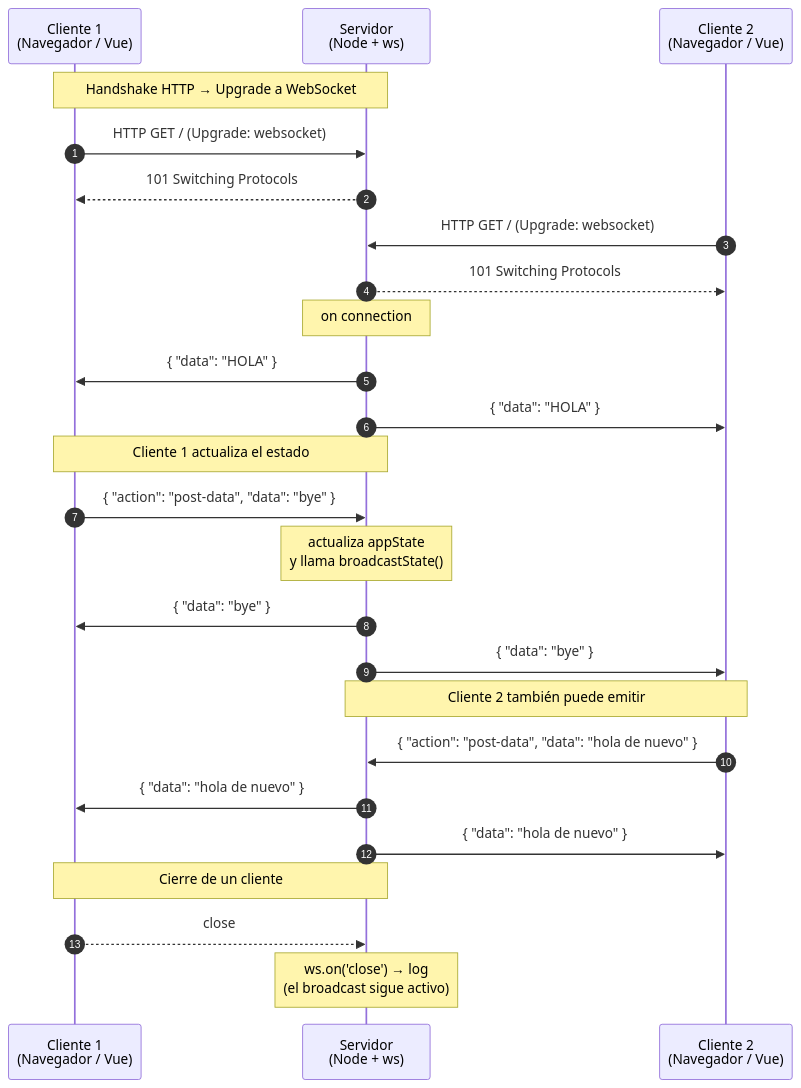
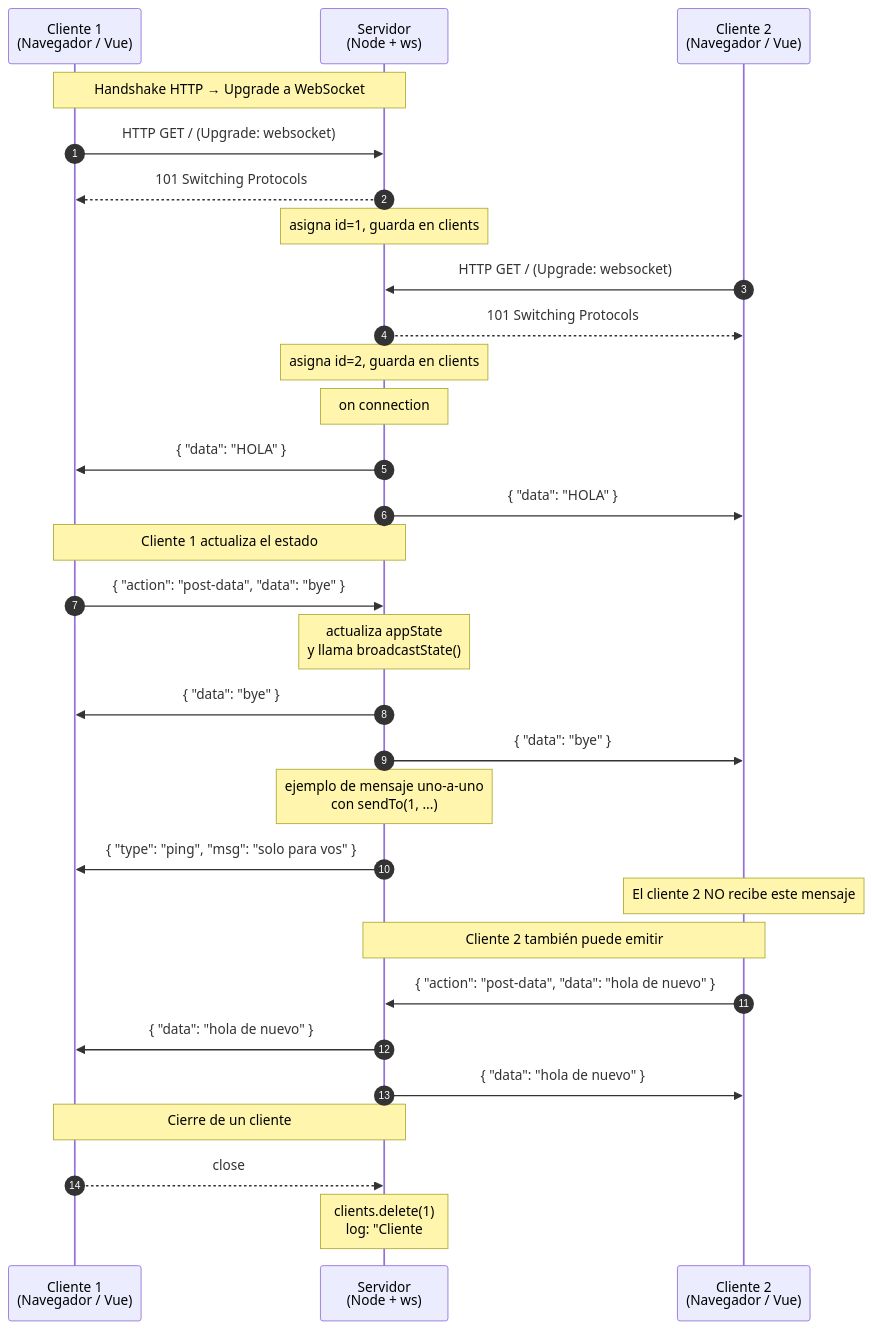
The diagram in README.md (akobashikawa/websockets-hola), drawn with Mermaid before and after one commit. The commit also changed other lines of this file, not shown here.

````diff
--- a/README.md
+++ b/README.md
@@ -80,34 +99,40 @@
 ```mermaid
 sequenceDiagram
     autonumber
     participant C1 as Cliente 1<br>(Navegador / Vue)
     participant S as Servidor<br>(Node + ws)
     participant C2 as Cliente 2<br>(Navegador / Vue)
 
     Note over C1,S: Handshake HTTP → Upgrade a WebSocket
     C1->>S: HTTP GET / (Upgrade: websocket)
     S-->>C1: 101 Switching Protocols
+    Note over S: asigna id=1, guarda en clients
 
     C2->>S: HTTP GET / (Upgrade: websocket)
     S-->>C2: 101 Switching Protocols
+    Note over S: asigna id=2, guarda en clients
 
     Note over S: on connection
     S->>C1: { "data": "HOLA" }
     S->>C2: { "data": "HOLA" }
 
     Note over C1,S: Cliente 1 actualiza el estado
     C1->>S: { "action": "post-data", "data": "bye" }
 
     Note over S: actualiza appState<br>y llama broadcastState()
     S->>C1: { "data": "bye" }
     S->>C2: { "data": "bye" }
 
+    Note over S: ejemplo de mensaje uno-a-uno<br>con sendTo(1, ...)
+    S->>C1: { "type": "ping", "msg": "solo para vos" }
+    Note over C2: El cliente 2 NO recibe este mensaje
+
     Note over C2,S: Cliente 2 también puede emitir
     C2->>S: { "action": "post-data", "data": "hola de nuevo" }
     S->>C1: { "data": "hola de nuevo" }
     S->>C2: { "data": "hola de nuevo" }
 
     Note over C1,S: Cierre de un cliente
     C1-->>S: close
-    Note over S: ws.on('close') → log<br>(el broadcast sigue activo)
+    Note over S: clients.delete(1)<br>log: "Cliente #1 desconectado"<br>(el broadcast sigue activo para los demás)
 ```
````
